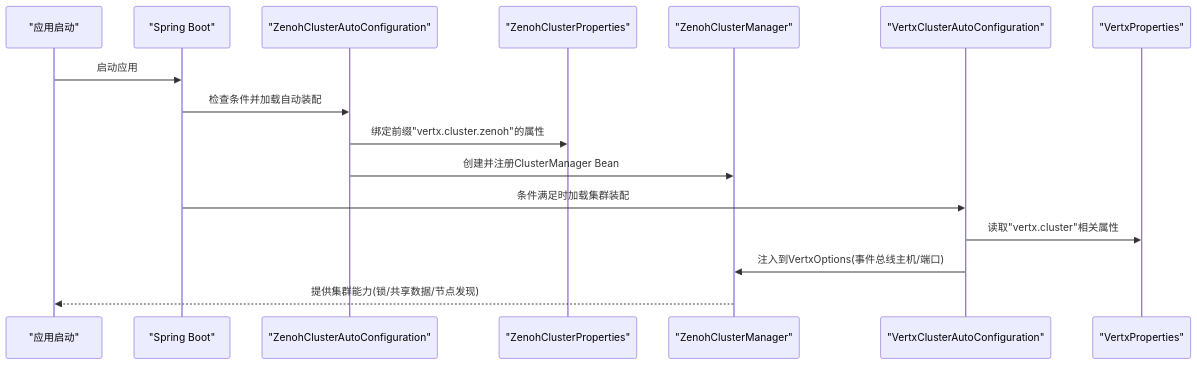
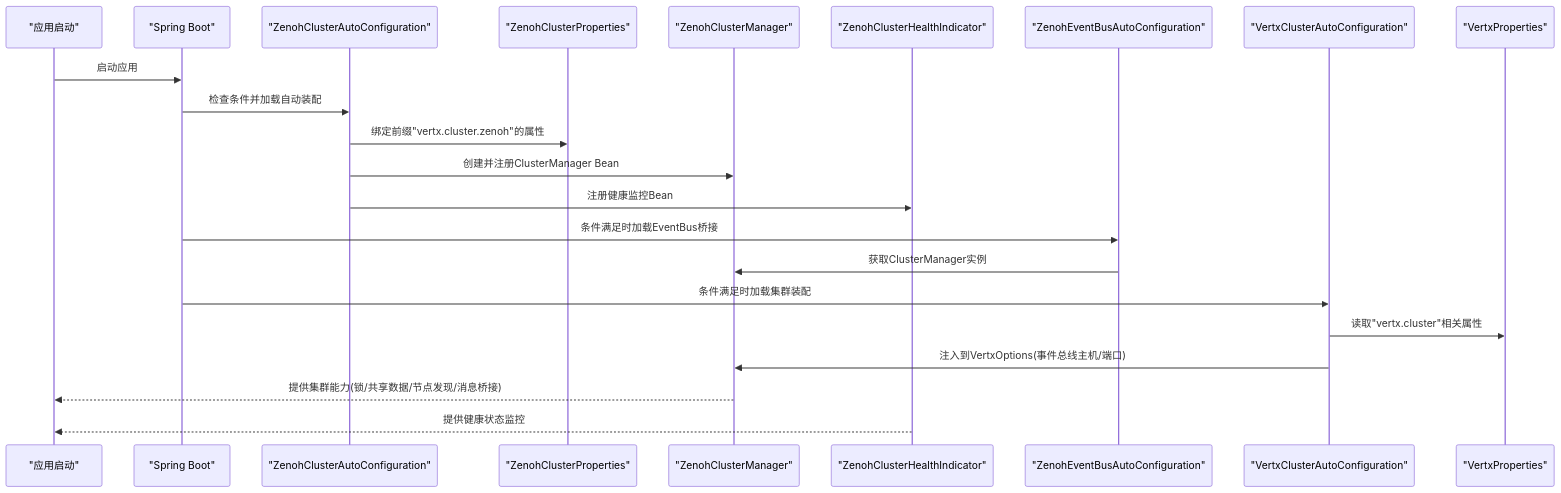
The second of 4 diagrams in .qoder/repowiki/zh/content/集群管理模块/集群配置详解.md (ossworker/vertx-starter), drawn with Mermaid before and after one commit. The commit also changed other lines of this file and 7 other files, not shown here.

````diff
--- a/.qoder/repowiki/zh/content/集群管理模块/集群配置详解.md
+++ b/.qoder/repowiki/zh/content/集群管理模块/集群配置详解.md
@@ -101,18 +127,24 @@
 ```mermaid
 sequenceDiagram
 participant App as "应用启动"
 participant Spring as "Spring Boot"
 participant AutoZenoh as "ZenohClusterAutoConfiguration"
 participant Props as "ZenohClusterProperties"
 participant Manager as "ZenohClusterManager"
+participant Health as "ZenohClusterHealthIndicator"
+participant EventBus as "ZenohEventBusAutoConfiguration"
 participant VertxConf as "VertxClusterAutoConfiguration"
 participant VertxProps as "VertxProperties"
 App->>Spring : 启动应用
 Spring->>AutoZenoh : 检查条件并加载自动装配
 AutoZenoh->>Props : 绑定前缀"vertx.cluster.zenoh"的属性
 AutoZenoh->>Manager : 创建并注册ClusterManager Bean
+AutoZenoh->>Health : 注册健康监控Bean
+Spring->>EventBus : 条件满足时加载EventBus桥接
+EventBus->>Manager : 获取ClusterManager实例
 Spring->>VertxConf : 条件满足时加载集群装配
 VertxConf->>VertxProps : 读取"vertx.cluster"相关属性
 VertxConf->>Manager : 注入到VertxOptions(事件总线主机/端口)
-Manager-->>App : 提供集群能力(锁/共享数据/节点发现)
+Manager-->>App : 提供集群能力(锁/共享数据/节点发现/消息桥接)
+Health-->>App : 提供健康状态监控
 ```
````
